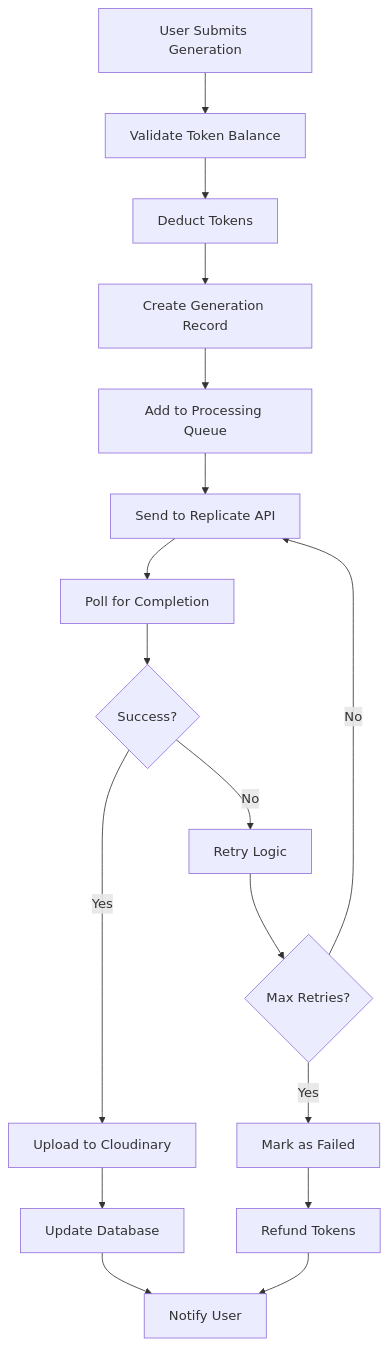
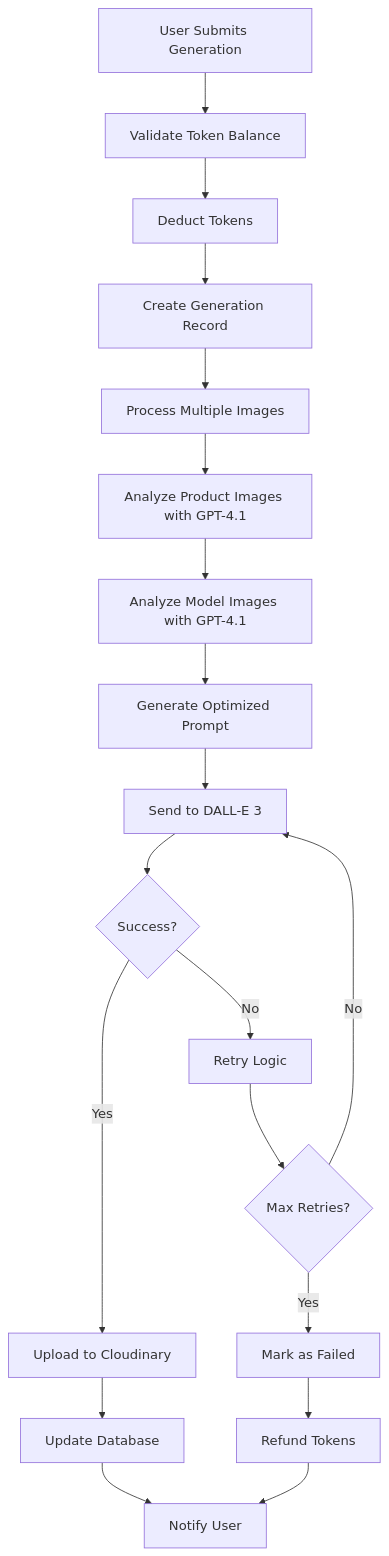
Before and after one commit to krasovsky22/style-studio-ai: the diagram in docs/week-5-ai-integration-plan.md, drawn with Mermaid. The commit also changed other lines of this file and 23 other files, not shown here.

````diff
--- a/docs/week-5-ai-integration-plan.md
+++ b/docs/week-5-ai-integration-plan.md
@@ -204,19 +224,21 @@
 ```mermaid
 graph TD
     A[User Submits Generation] --> B[Validate Token Balance]
     B --> C[Deduct Tokens]
     C --> D[Create Generation Record]
-    D --> E[Add to Processing Queue]
-    E --> F[Send to Replicate API]
-    F --> G[Poll for Completion]
-    G --> H{Success?}
-    H -->|Yes| I[Upload to Cloudinary]
-    H -->|No| J[Retry Logic]
-    I --> K[Update Database]
-    J --> L{Max Retries?}
-    L -->|No| F
-    L -->|Yes| M[Mark as Failed]
-    M --> N[Refund Tokens]
-    K --> O[Notify User]
-    N --> O
+    D --> E[Process Multiple Images]
+    E --> F[Analyze Product Images with GPT-4.1]
+    F --> G[Analyze Model Images with GPT-4.1]
+    G --> H[Generate Optimized Prompt]
+    H --> I[Send to DALL-E 3]
+    I --> J{Success?}
+    J -->|Yes| K[Upload to Cloudinary]
+    J -->|No| L[Retry Logic]
+    K --> M[Update Database]
+    L --> N{Max Retries?}
+    N -->|No| I
+    N -->|Yes| O[Mark as Failed]
+    O --> P[Refund Tokens]
+    M --> Q[Notify User]
+    P --> Q
 ```
````
